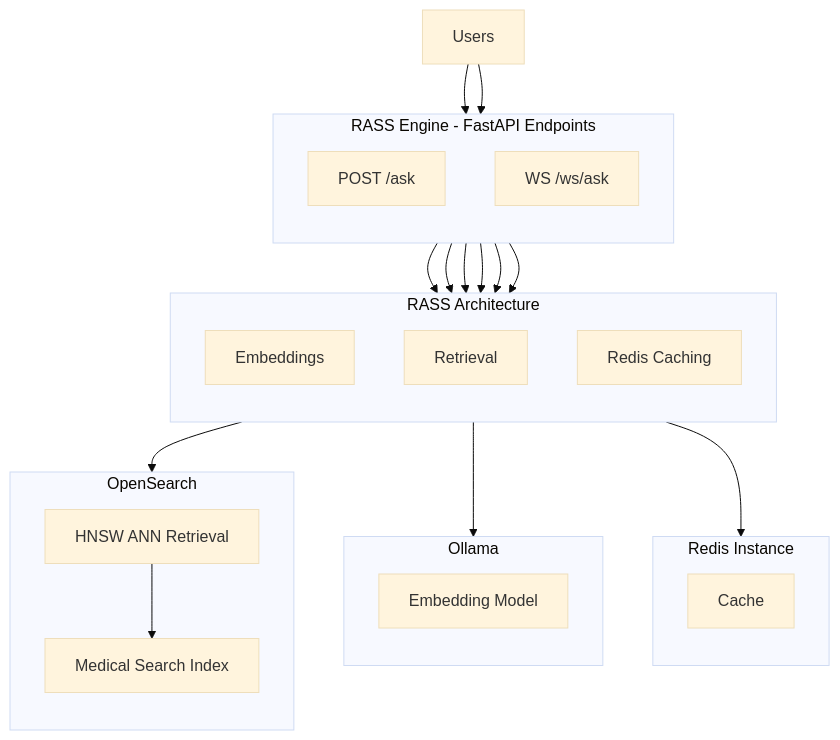
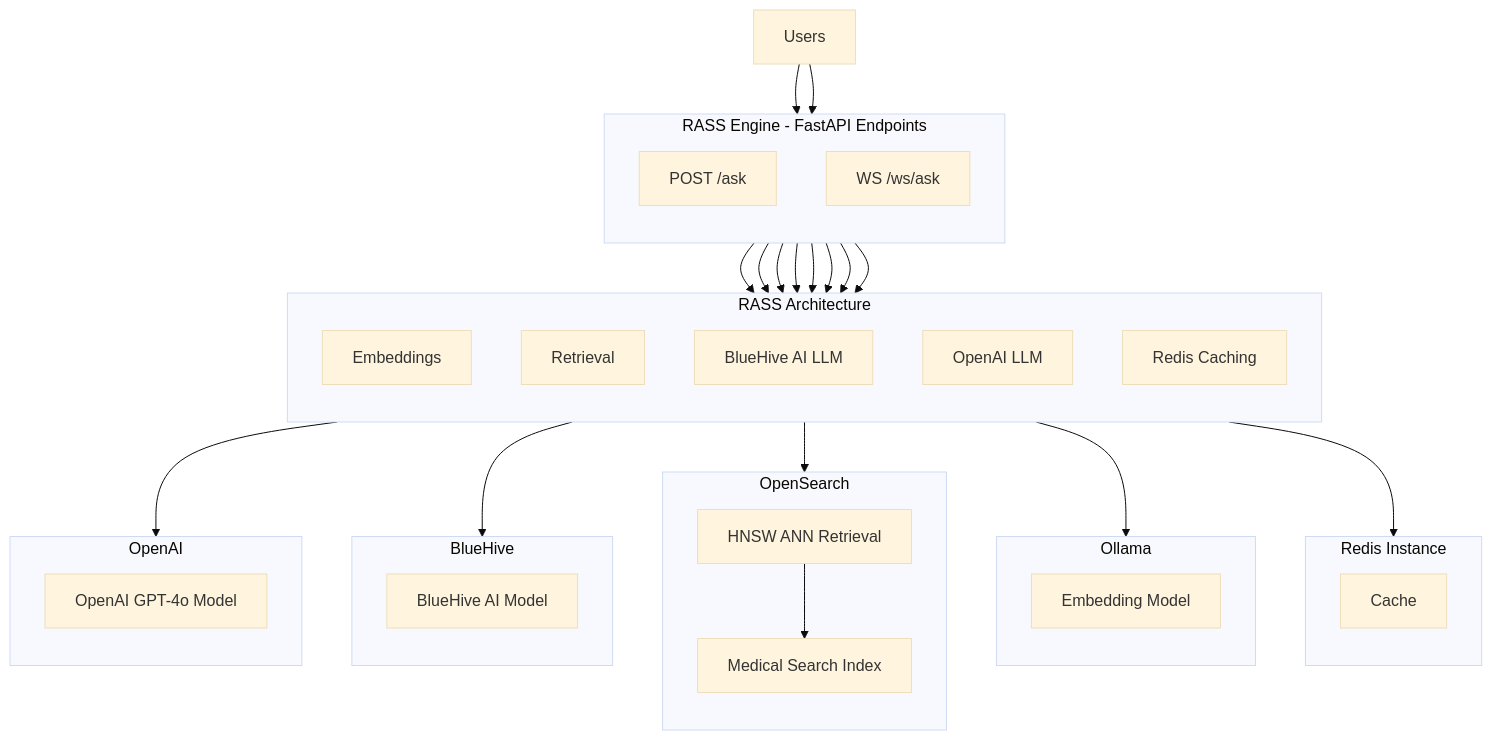
The diagram in README.md (NeuralRevenant/RASSEngine), drawn with Mermaid before and after one commit.

````diff
--- a/README.md
+++ b/README.md
@@ -7,53 +7,66 @@
 ```mermaid
 ---
 config:
   theme: base
   themeVariables:
     primaryColor: #121212
     secondaryColor: #BB86FC
     tertiaryColor: #03DAC6
     primaryTextColor: #E0E0E0
     secondaryTextColor: #FFFFFF
     tertiaryTextColor: #FFFFFF
     lineColor: #BB86FC
     nodeBorder: #03DAC6
     clusterBkg: #1F1B24
     clusterBorder: #BB86FC
     background: #121212
     fontFamily: "Fira Code, monospace"
     outerStrokeWidth: 2px
     boxShadow: 5px 5px 15px rgba(0, 0, 0, 0.6)
 ---
 flowchart TD
  subgraph FastAPI["RASS Engine - FastAPI Endpoints"]
     direction TB
         C["POST /ask"]
         D["WS /ws/ask"]
   end
  subgraph RASS_Model["RASS Architecture"]
     direction TB
         E["Embeddings"]
         F["Retrieval"]
+        G1["BlueHive AI LLM"]
+        G2["OpenAI LLM"]
         H["Redis Caching"]
   end
  subgraph Redis["Redis Instance"]
     direction TB
         I["Cache"]
   end
  subgraph Embedding_Service["Ollama"]
     direction TB
         J["Embedding Model"]
   end
  subgraph OpenSearch["OpenSearch"]
     direction TB
         L["HNSW ANN Retrieval"]
         M["Medical Search Index"]
   end
+ subgraph BlueHive["BlueHive"]
+    direction TB
+        N["BlueHive AI Model"]
+  end
+ subgraph OpenAI["OpenAI"]
+    direction TB
+        O["OpenAI GPT-4o Model"]
+  end
     n1["Users"] --> C & D
-    D --> E & F & H
-    C --> E & F & H
+    D --> E & F & G2 & H
+    C --> E & F & G1 & H
     H --> I
     E --> J
     F --> L
     L --> M
+    G1 --> N
+    G2 --> O
+
 ```
````
